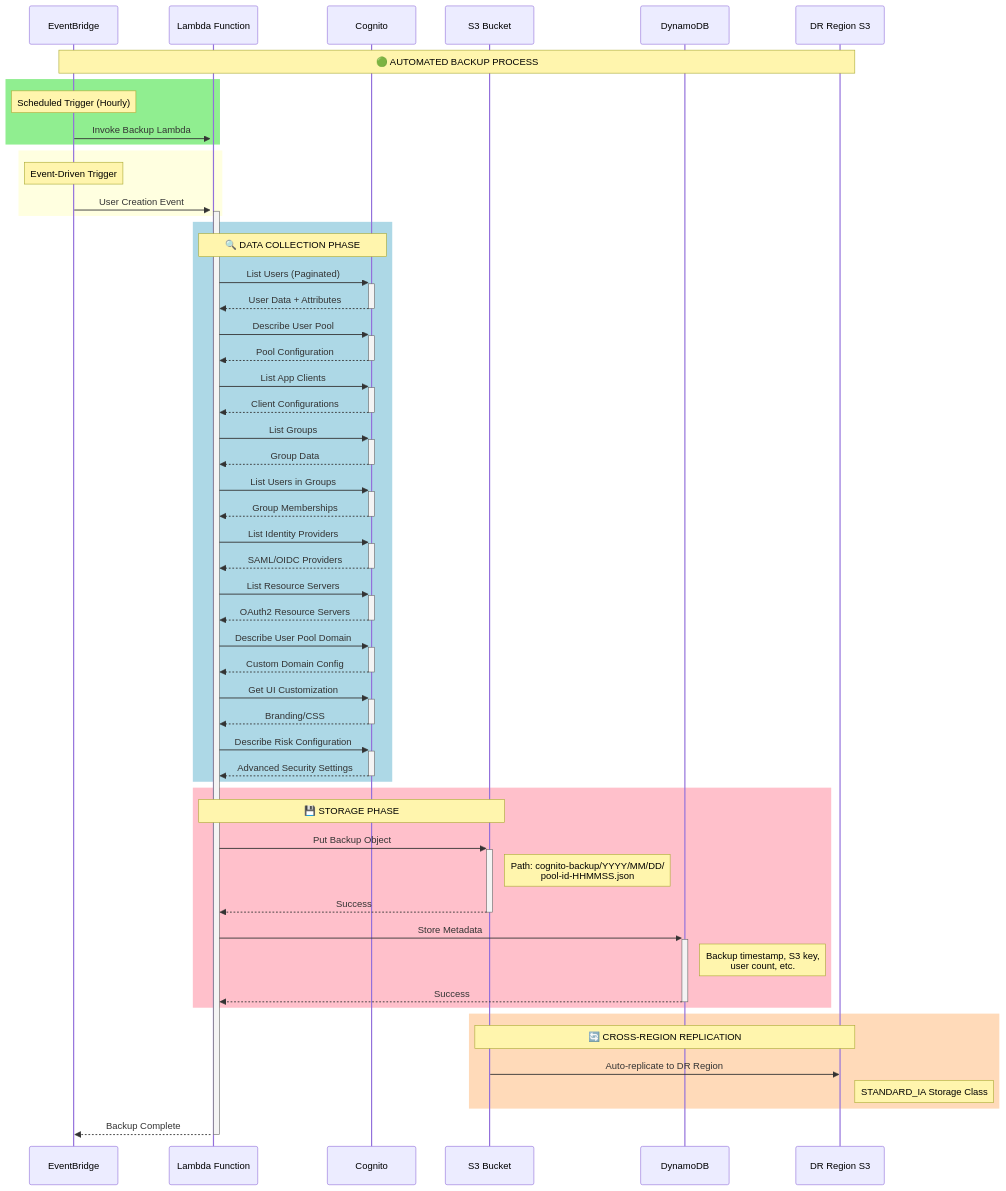
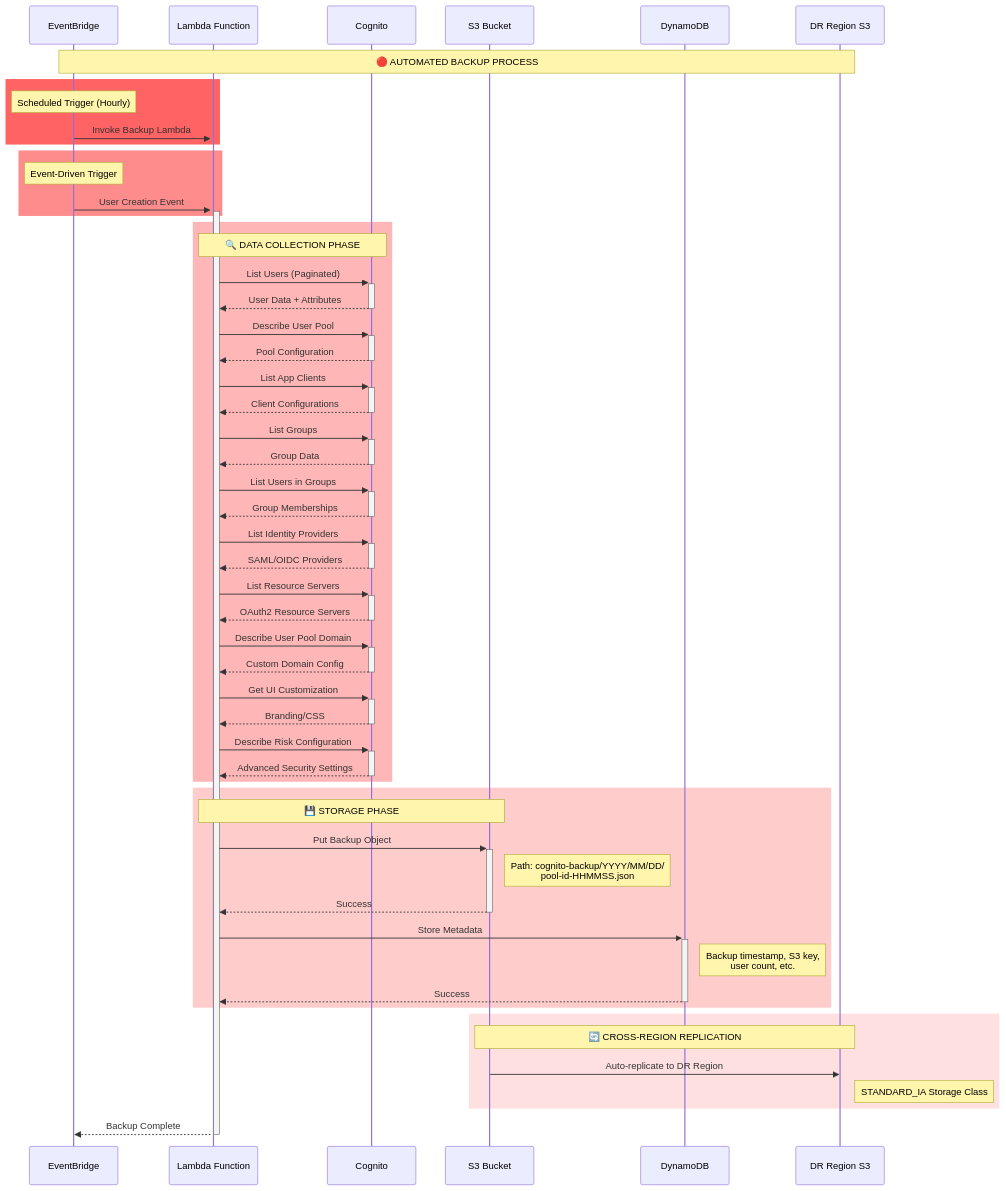
Before and after one commit to demoq-demo/cognito: the diagram in cognito_backup_strategy.md, drawn with Mermaid. The commit also changed other lines of this file, not shown here.

````diff
--- a/cognito_backup_strategy.md
+++ b/cognito_backup_strategy.md
@@ -12,73 +13,73 @@
 ```mermaid
 sequenceDiagram
     participant EB as EventBridge
     participant L as Lambda Function
     participant C as Cognito
     participant S3 as S3 Bucket
     participant DDB as DynamoDB
     participant DR as DR Region S3
     
-    Note over EB,DR: 🟢 AUTOMATED BACKUP PROCESS
+    Note over EB,DR: 🔴 AUTOMATED BACKUP PROCESS
     
-    rect rgb(144, 238, 144)
+    rect rgb(255, 99, 99)
         Note over EB: Scheduled Trigger (Hourly)
         EB->>+L: Invoke Backup Lambda
     end
     
-    rect rgb(255, 255, 224)
+    rect rgb(255, 140, 140)
         Note over EB: Event-Driven Trigger
         EB->>+L: User Creation Event
     end
     
-    rect rgb(173, 216, 230)
+    rect rgb(255, 182, 182)
         Note over L,C: 🔍 DATA COLLECTION PHASE
         L->>+C: List Users (Paginated)
         C-->>-L: User Data + Attributes
         
         L->>+C: Describe User Pool
         C-->>-L: Pool Configuration
         
         L->>+C: List App Clients
         C-->>-L: Client Configurations
         
         L->>+C: List Groups
         C-->>-L: Group Data
         
         L->>+C: List Users in Groups
         C-->>-L: Group Memberships
         
         L->>+C: List Identity Providers
         C-->>-L: SAML/OIDC Providers
         
         L->>+C: List Resource Servers
         C-->>-L: OAuth2 Resource Servers
         
         L->>+C: Describe User Pool Domain
         C-->>-L: Custom Domain Config
         
         L->>+C: Get UI Customization
         C-->>-L: Branding/CSS
         
         L->>+C: Describe Risk Configuration
         C-->>-L: Advanced Security Settings
     end
     
-    rect rgb(255, 192, 203)
+    rect rgb(255, 204, 204)
         Note over L,S3: 💾 STORAGE PHASE
         L->>+S3: Put Backup Object
         Note right of S3: Path: cognito-backup/YYYY/MM/DD/<br/>pool-id-HHMMSS.json
         S3-->>-L: Success
         
         L->>+DDB: Store Metadata
         Note right of DDB: Backup timestamp, S3 key,<br/>user count, etc.
         DDB-->>-L: Success
     end
     
-    rect rgb(255, 218, 185)
+    rect rgb(255, 224, 224)
         Note over S3,DR: 🔄 CROSS-REGION REPLICATION
         S3->>DR: Auto-replicate to DR Region
         Note right of DR: STANDARD_IA Storage Class
     end
     
     L-->>-EB: Backup Complete
 ```
````
